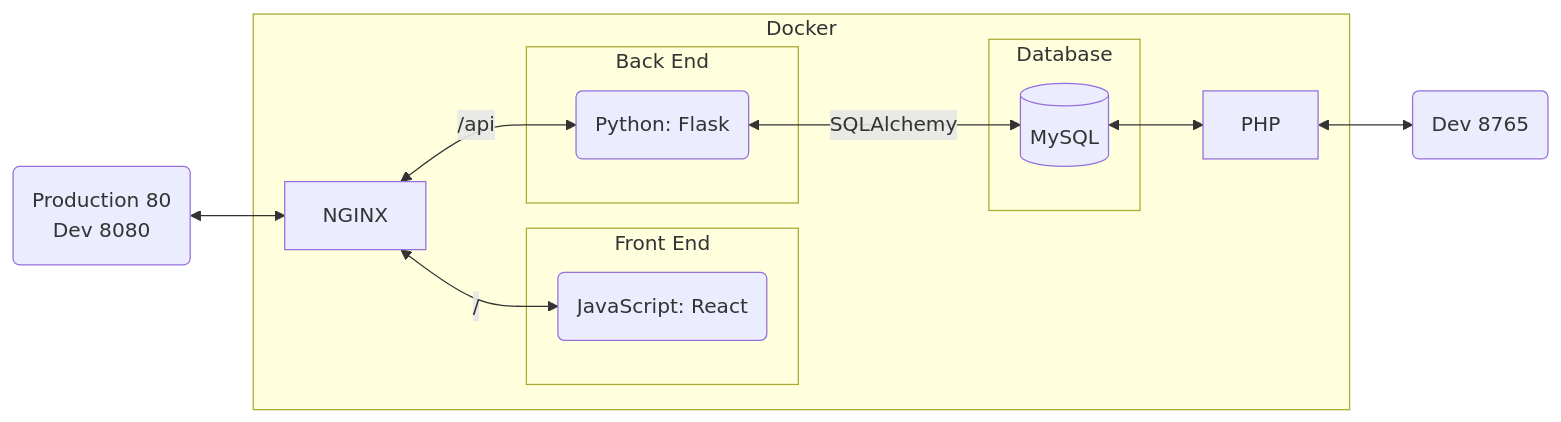
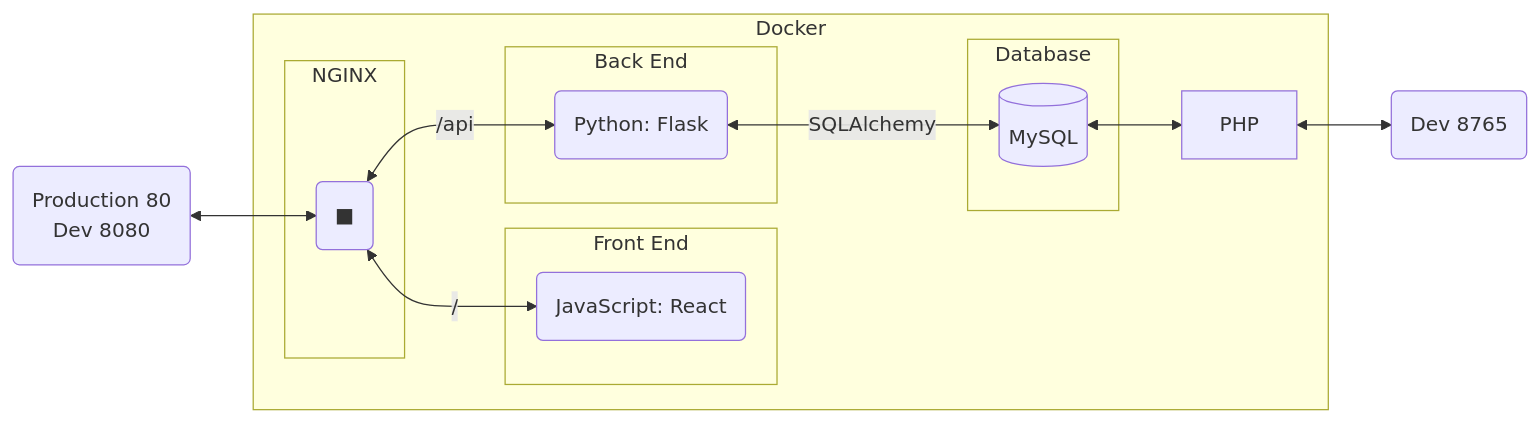
One commit to bengoh815/cs506-project changed the first of 6 diagrams in README.md. Above: the diagram before and after it, drawn with Mermaid.

````diff
--- a/README.md
+++ b/README.md
@@ -95,25 +95,26 @@
 ```mermaid
 graph LR;
     subgraph Docker
-        G[NGINX];
+        subgraph NGINX
+            G(■)
+        end
         subgraph Front End
             A(JavaScript: React);
         end
         subgraph Back End
             B(Python: Flask);
         end
         subgraph Database
             C[(MySQL)];
         end
         D[PHP];
         G <-->|/| A;
         G <-->|/api| B;
         B <-->|SQLAlchemy| C;
         C <--> D;
     end
     F(Production 80 
     Dev 8080);
     F <--> G;
     D <--> E(Dev 8765);
-
 ```
````
